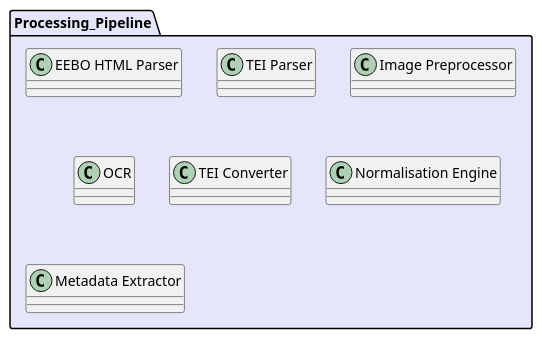
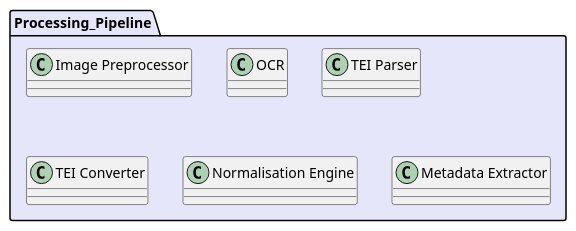
The diagram in docs/uml/src/components/pipeline.puml (leegee/mutatis-mutandis), drawn with PlantUML before and after one commit. The commit also changed 4 other files, not shown here.

```diff
--- a/docs/uml/src/components/pipeline.puml
+++ b/docs/uml/src/components/pipeline.puml
@@ -1,9 +1,8 @@
 package "Processing_Pipeline" #Lavender {
-    class "EEBO HTML Parser"
-    class "TEI Parser"
     class "Image Preprocessor"
     class "OCR"
+    class "TEI Parser"
     class "TEI Converter"
     class "Normalisation Engine"
     class "Metadata Extractor"
 }
```
